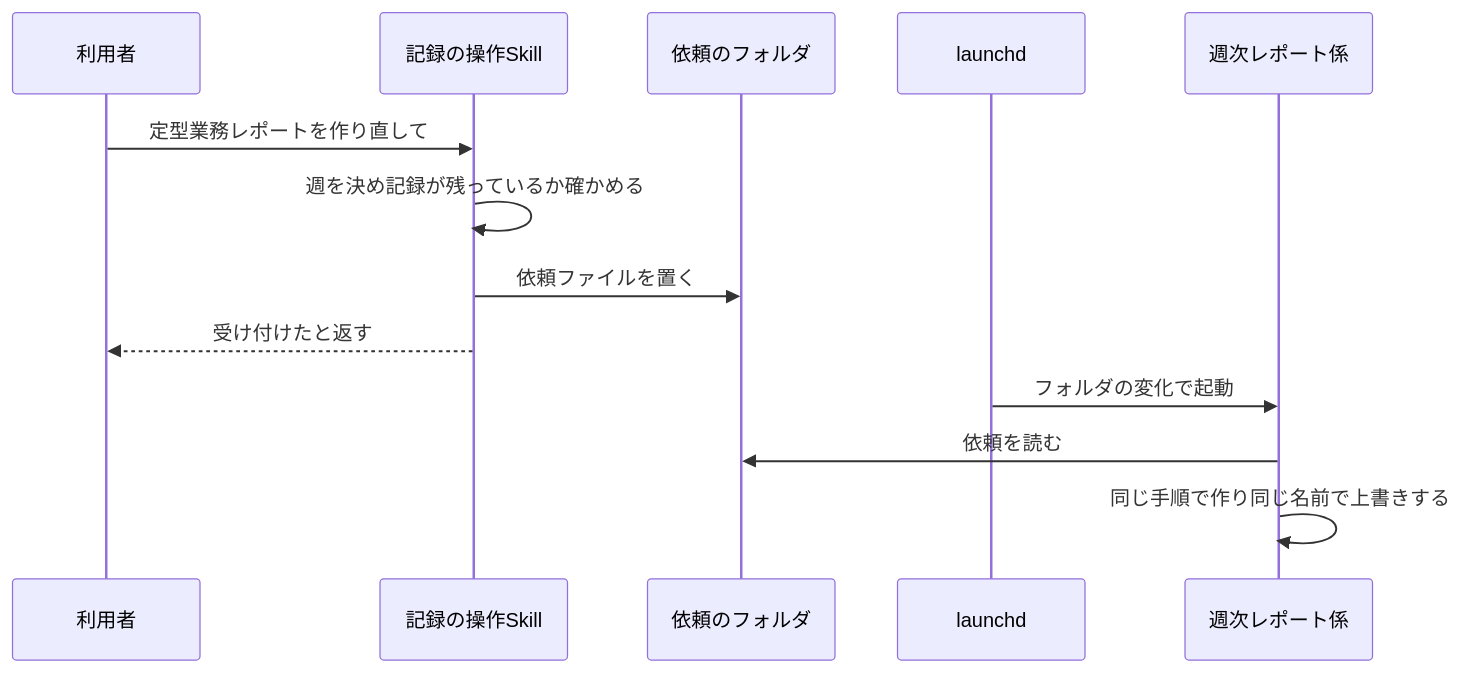
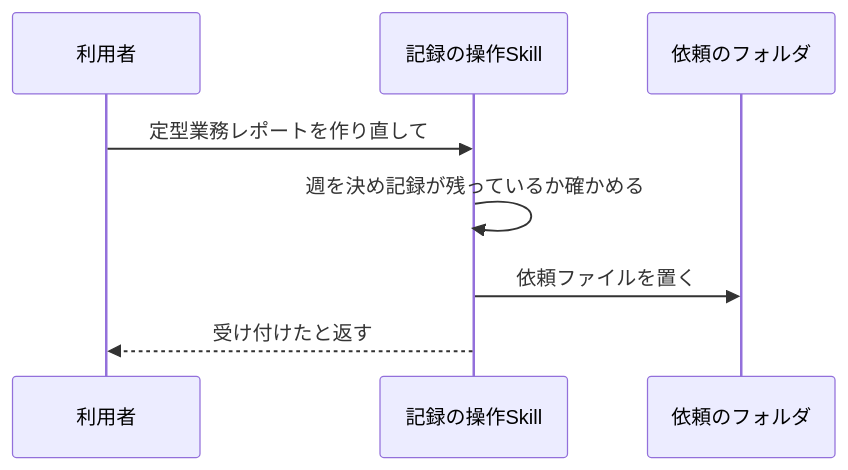
Before and after one commit to dnode-ryosuke-yamazaki/study: the eighth of 9 diagrams in apps/routine-work-finder/specs/weekly-automation-report/design.md, drawn with Mermaid. The commit also changed other lines of this file and 9 other files, not shown here.

````diff
--- a/apps/routine-work-finder/specs/weekly-automation-report/design.md
+++ b/apps/routine-work-finder/specs/weekly-automation-report/design.md
@@ -243,15 +291,10 @@
 ```mermaid
 sequenceDiagram
     participant U as 利用者
     participant S as 記録の操作Skill
     participant Q as 依頼のフォルダ
-    participant L as launchd
-    participant W as 週次レポート係
     U->>S: 定型業務レポートを作り直して
     S->>S: 週を決め記録が残っているか確かめる
     S->>Q: 依頼ファイルを置く
     S-->>U: 受け付けたと返す
-    L->>W: フォルダの変化で起動
-    W->>Q: 依頼を読む
-    W->>W: 同じ手順で作り同じ名前で上書きする
 ```
````
